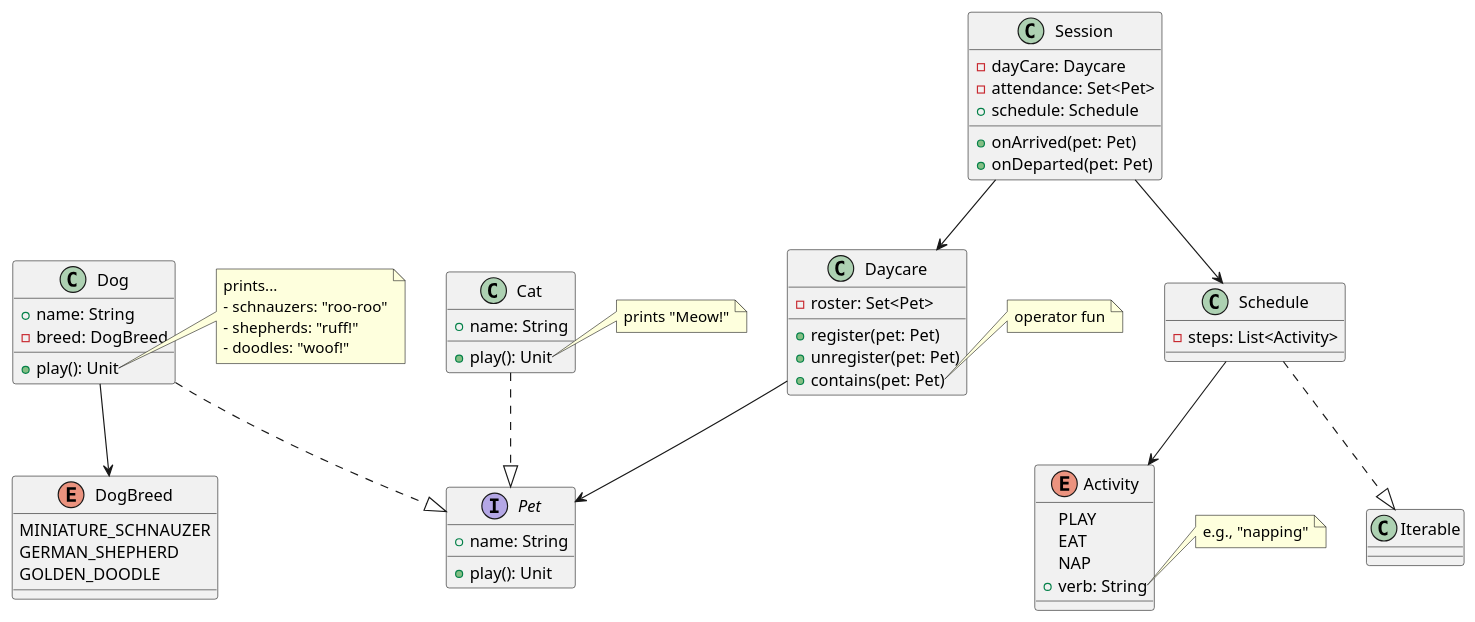
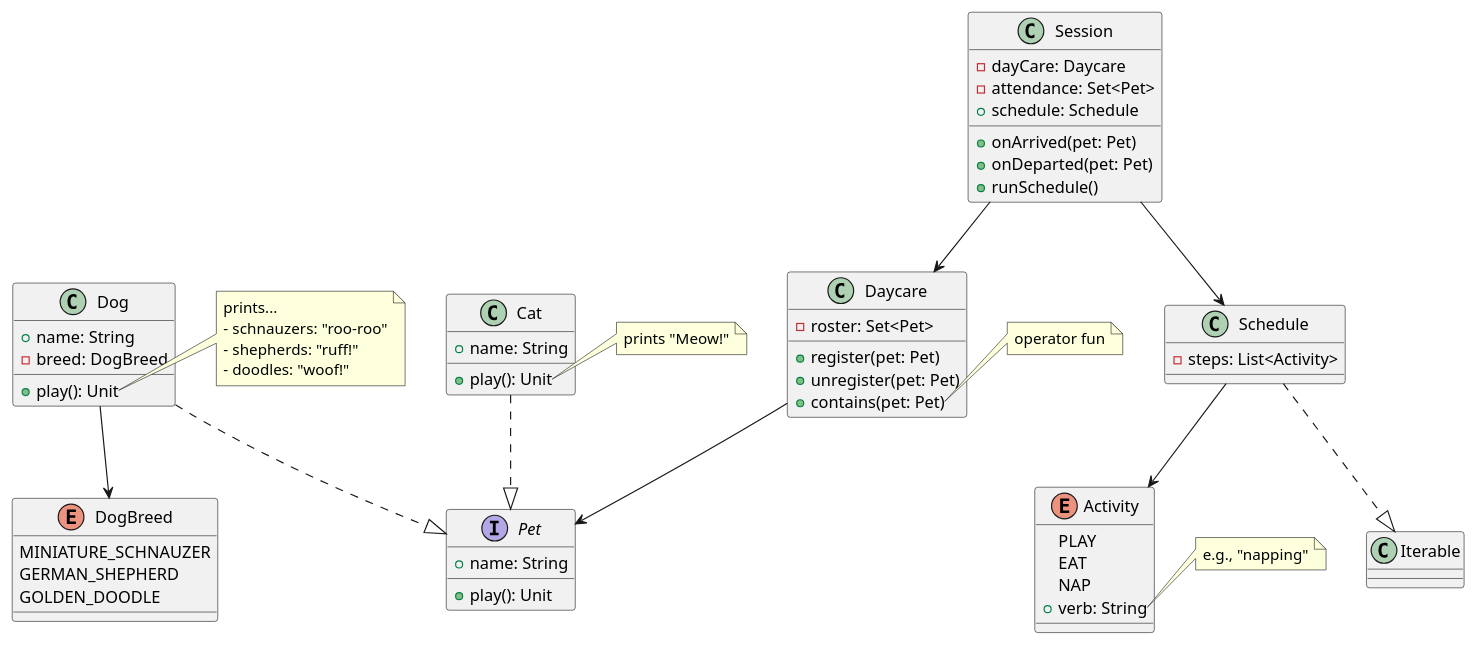
Before and after one commit to typealias-studios/video-2025-03-junie-uml: the diagram in uml/ClassDiagram.puml, drawn with PlantUML. The commit also changed 3 other files, not shown here.

Commit message:
Add Session::runSchedule

```diff
--- a/uml/ClassDiagram.puml
+++ b/uml/ClassDiagram.puml
@@ -1,75 +1,76 @@
 @startuml
 together {
     interface Pet {
       + name: String
       + play(): Unit
     }
 
     class Dog {
       + name: String
       - breed: DogBreed
       + play(): Unit
     }
     note right of Dog::play
       prints...
       - schnauzers: "roo-roo"
       - shepherds: "ruff!"
       - doodles: "woof!"
     end note
 
     enum DogBreed {
       MINIATURE_SCHNAUZER
       GERMAN_SHEPHERD
       GOLDEN_DOODLE
     }
 
     class Cat {
       + name: String
       + play(): Unit
     }
     note right of Cat::play
       prints "Meow!"
     end note
 }
 
 class Daycare {
   - roster: Set<Pet>
   + register(pet: Pet)
   + unregister(pet: Pet)
   + contains(pet: Pet)
 }
 note right of Daycare::contains
   operator fun
 end note
 
 enum Activity {
   PLAY
   EAT
   NAP
   + verb: String
 }
 note right of Activity::verb
   e.g., "napping"
 end note
 
 class Schedule {
   - steps: List<Activity>
 }
 
 class Session {
   - dayCare: Daycare
   - attendance: Set<Pet>
   + schedule: Schedule
   + onArrived(pet: Pet)
   + onDeparted(pet: Pet)
+  + runSchedule()
 }
 
 Dog ..|> Pet
 Cat ..|> Pet
 Dog --> DogBreed
 Daycare --> Pet
 Schedule --> Activity
 Schedule ..|> Iterable
 Session --> Daycare
 Session --> Schedule
 @enduml
```
